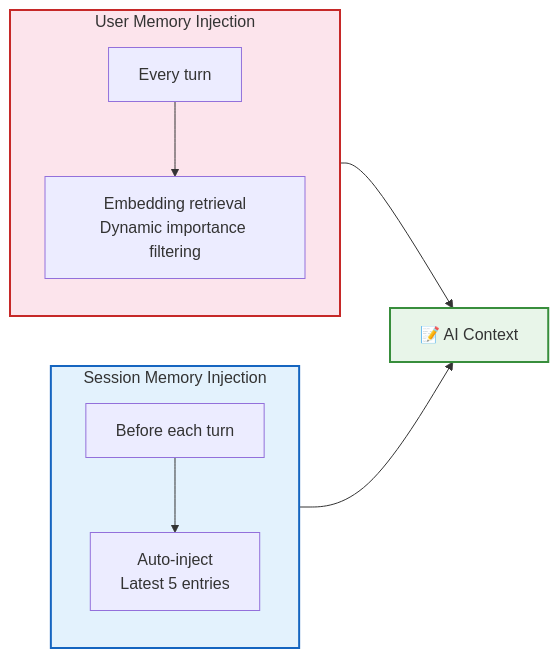
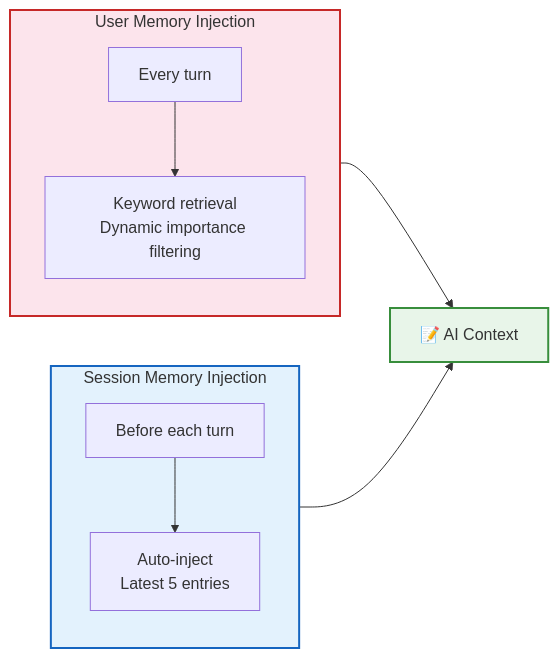
Before and after one commit to rtc-agent/docs: the fifth of 7 diagrams in src/content/docs/en/features/memory.md, drawn with Mermaid. The commit also changed other lines of this file and 13 other files, not shown here.

First line of the commit message:
docs(features): add webSearch/webFetch details, update memory to OKF model, keyword retrieval

````diff
--- a/src/content/docs/en/features/memory.md
+++ b/src/content/docs/en/features/memory.md
@@ -202,19 +192,19 @@
 ```mermaid
 flowchart LR
     subgraph SM_INJECT["Session Memory Injection"]
         direction TB
         SM1["Before each turn"] --> SM2["Auto-inject<br/>Latest 5 entries"]
     end
 
     subgraph UM_INJECT["User Memory Injection"]
         direction TB
-        UM1["Every turn"] --> UM2["Embedding retrieval<br/>Dynamic importance filtering"]
+        UM1["Every turn"] --> UM2["Keyword retrieval<br/>Dynamic importance filtering"]
     end
 
     SM2 --> CTX["📝 AI Context"]
     UM2 --> CTX
 
     style SM_INJECT fill:#e3f2fd,stroke:#1565c0,stroke-width:2px
     style UM_INJECT fill:#fce4ec,stroke:#c62828,stroke-width:2px
     style CTX fill:#e8f5e9,stroke:#388e3c,stroke-width:2px
 ```
````
